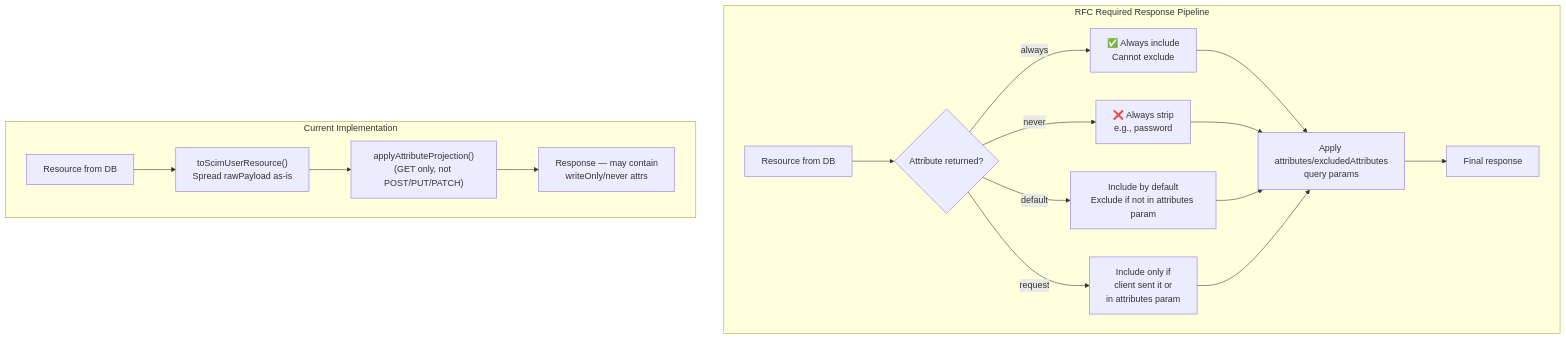
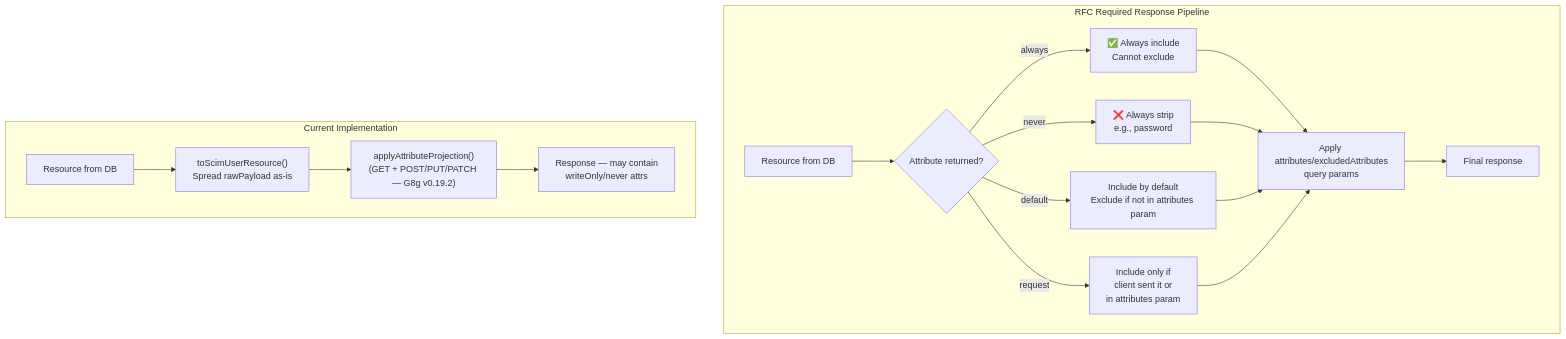
One commit to pranems/SCIMServer changed the sixth of 15 diagrams in docs/RFC_ATTRIBUTE_CHARACTERISTICS_ANALYSIS.md. Above: the diagram before and after it, drawn with Mermaid. The commit also changed other lines of this file and 28 other files, not shown here.

````diff
--- a/docs/RFC_ATTRIBUTE_CHARACTERISTICS_ANALYSIS.md
+++ b/docs/RFC_ATTRIBUTE_CHARACTERISTICS_ANALYSIS.md
@@ -450,18 +450,18 @@
 ```mermaid
 flowchart TB
     subgraph "RFC Required Response Pipeline"
         A[Resource from DB] --> B{Attribute returned?}
         B -->|always| C[✅ Always include<br/>Cannot exclude]
         B -->|never| D[❌ Always strip<br/>e.g., password]
         B -->|default| E[Include by default<br/>Exclude if not in attributes param]
         B -->|request| F[Include only if<br/>client sent it or<br/>in attributes param]
         C & D & E & F --> G[Apply attributes/excludedAttributes<br/>query params]
         G --> H[Final response]
     end
 
     subgraph "Current Implementation"
         A2[Resource from DB] --> B2["toScimUserResource()<br/>Spread rawPayload as-is"]
-        B2 --> C2["applyAttributeProjection()<br/>(GET only, not POST/PUT/PATCH)"]
+        B2 --> C2["applyAttributeProjection()<br/>(GET + POST/PUT/PATCH — G8g v0.19.2)"]
         C2 --> D2[Response — may contain<br/>writeOnly/never attrs]
     end
 ```
````
